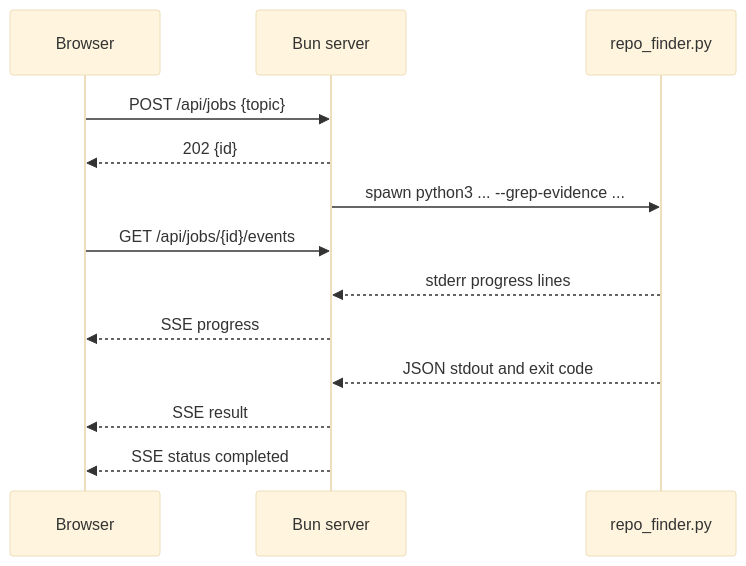
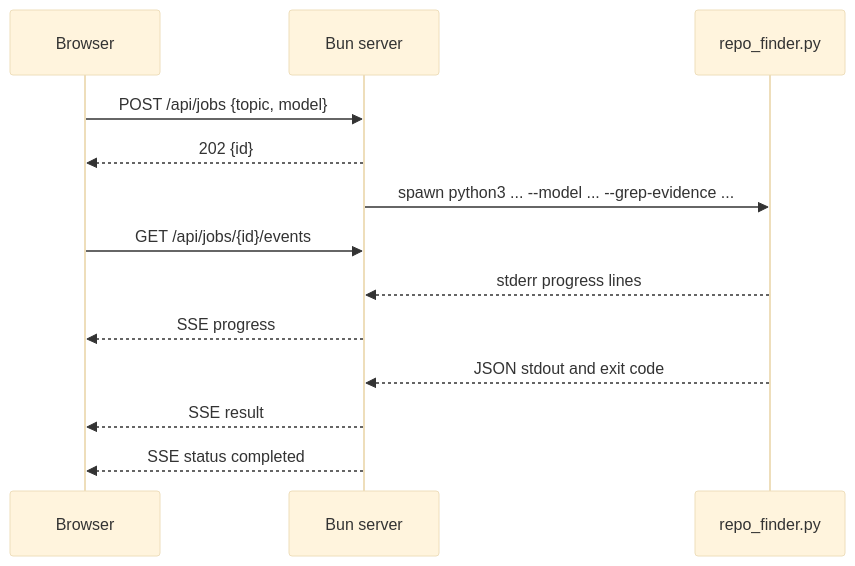
Before and after one commit to g-baskin/ghitty: the diagram in library/knowledge/private/web/local-web-sse-jobs.md, drawn with Mermaid (base theme). The commit also changed other lines of this file and 12 other files, not shown here.

````diff
--- a/library/knowledge/private/web/local-web-sse-jobs.md
+++ b/library/knowledge/private/web/local-web-sse-jobs.md
@@ -16,15 +16,15 @@
 ```mermaid
 sequenceDiagram
     participant UI as Browser
     participant Bun as Bun server
     participant Py as repo_finder.py
-    UI->>Bun: POST /api/jobs {topic}
+    UI->>Bun: POST /api/jobs {topic, model}
     Bun-->>UI: 202 {id}
-    Bun->>Py: spawn python3 ... --grep-evidence ...
+    Bun->>Py: spawn python3 ... --model ... --grep-evidence ...
     UI->>Bun: GET /api/jobs/{id}/events
     Py-->>Bun: stderr progress lines
     Bun-->>UI: SSE progress
     Py-->>Bun: JSON stdout and exit code
     Bun-->>UI: SSE result
     Bun-->>UI: SSE status completed
 ```
````
